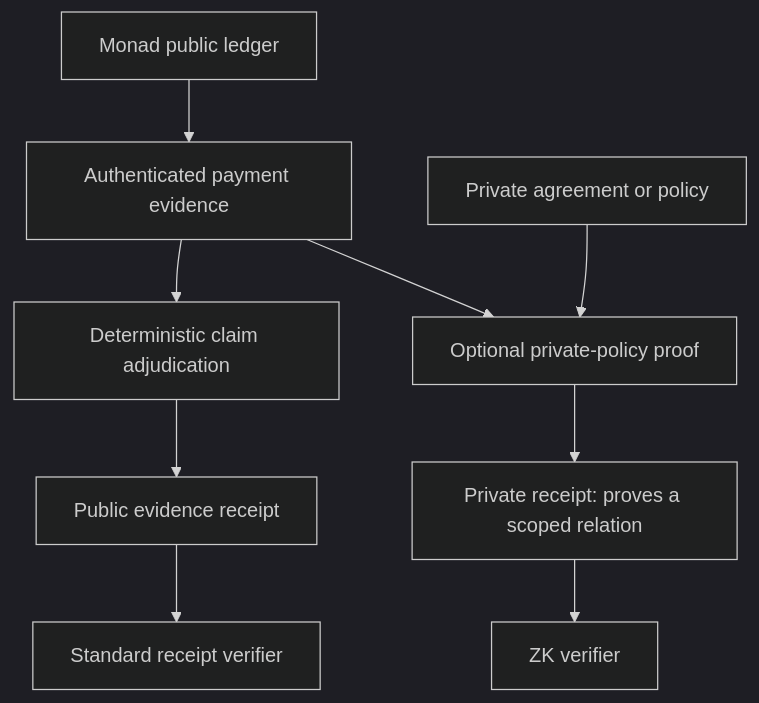
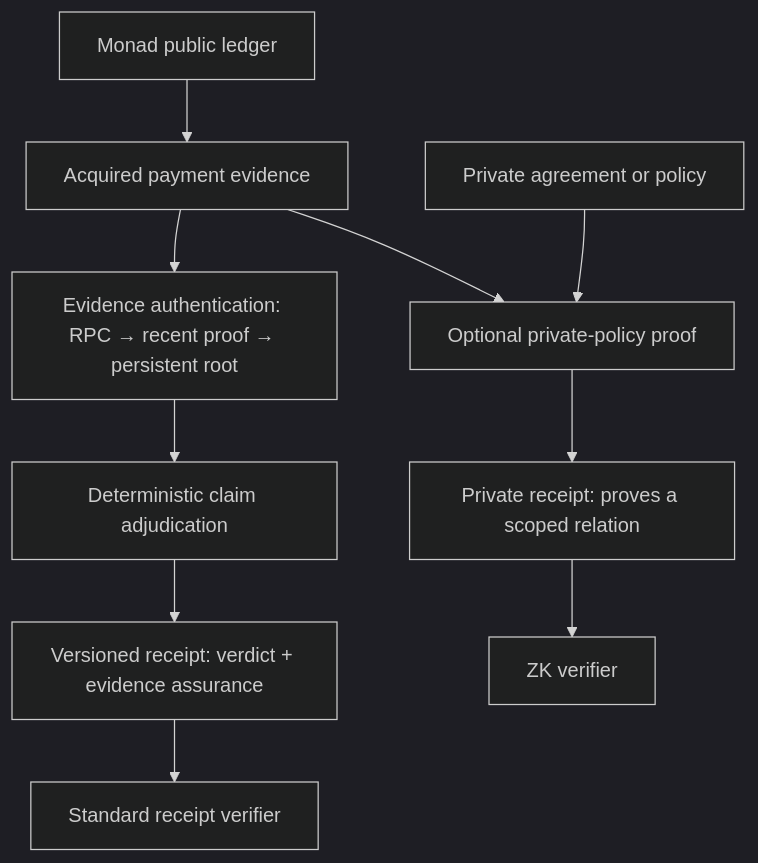
One commit to annatchijova/veridra changed the first of 2 diagrams in TECHNICAL_README.md. Above: the diagram before and after it, drawn with Mermaid (dark theme). The commit also changed other lines of this file and 4 other files, not shown here.

Commit message:
docs: stage evidence assurance levels

````diff
--- a/TECHNICAL_README.md
+++ b/TECHNICAL_README.md
@@ -25,12 +41,13 @@
 ```mermaid
 flowchart TD
-    L[Monad public ledger] --> E[Authenticated payment evidence]
-    E --> C[Deterministic claim adjudication]
-    C --> R[Public evidence receipt]
+    L[Monad public ledger] --> E[Acquired payment evidence]
+    E --> A[Evidence authentication: RPC → recent proof → persistent root]
+    A --> C[Deterministic claim adjudication]
+    C --> R[Versioned receipt: verdict + evidence assurance]
     R --> V[Standard receipt verifier]
 
     E --> Z[Optional private-policy proof]
     P[Private agreement or policy] --> Z
     Z --> Q[Private receipt: proves a scoped relation]
     Q --> ZV[ZK verifier]
 ```
````
